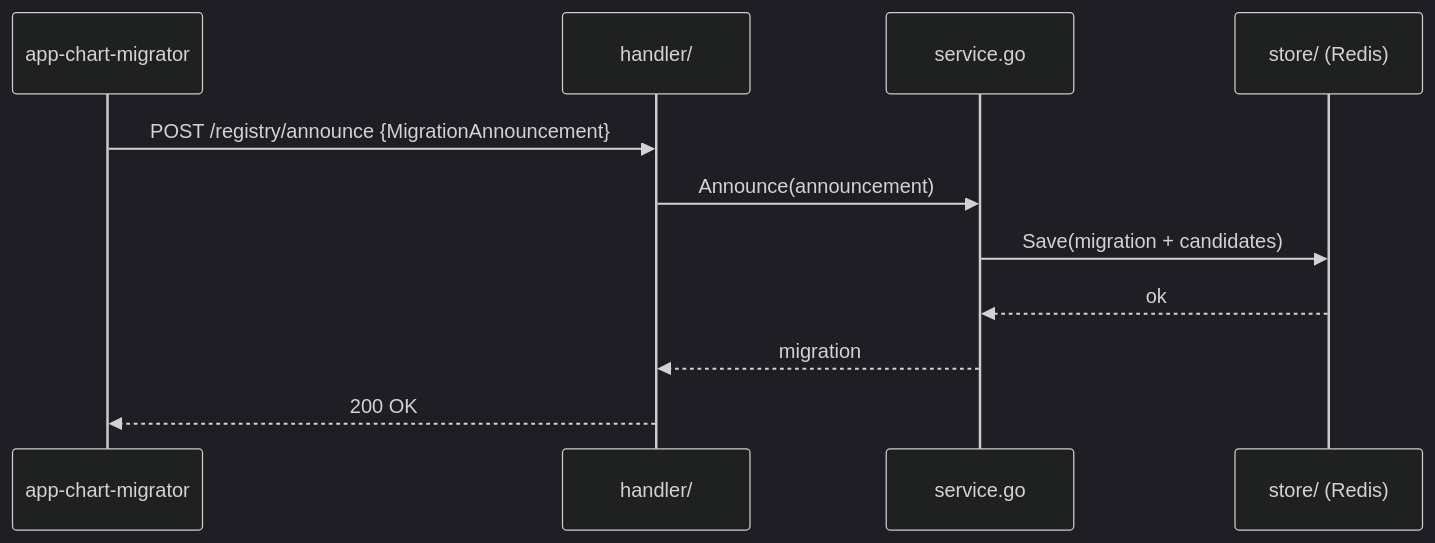
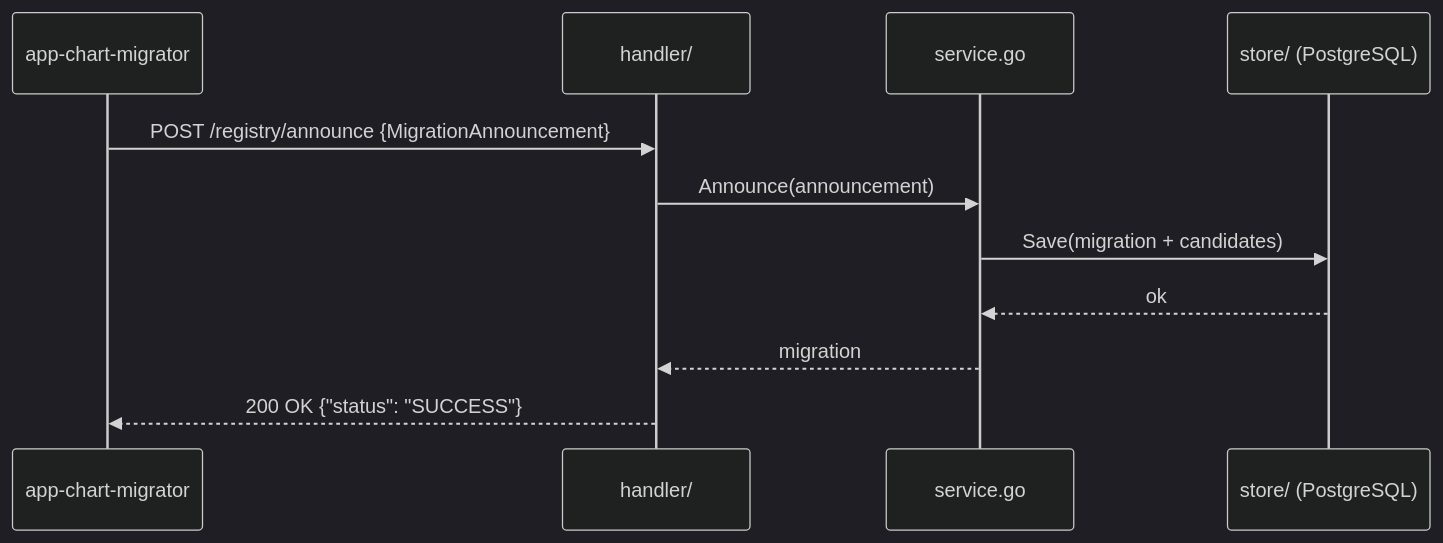
Before and after one commit to tilsley/loom: the first of 5 diagrams in docs/flows.md, drawn with Mermaid (dark theme). The commit also changed other lines of this file and 12 other files, not shown here.

````diff
--- a/docs/flows.md
+++ b/docs/flows.md
@@ -25,14 +25,14 @@
 ```mermaid
 sequenceDiagram
     participant W as app-chart-migrator
     participant H as handler/
     participant S as service.go
-    participant St as store/ (Redis)
+    participant St as store/ (PostgreSQL)
 
     W->>H: POST /registry/announce {MigrationAnnouncement}
     H->>S: Announce(announcement)
     S->>St: Save(migration + candidates)
     St-->>S: ok
     S-->>H: migration
-    H-->>W: 200 OK
+    H-->>W: 200 OK {"status": "SUCCESS"}
 ```
````
